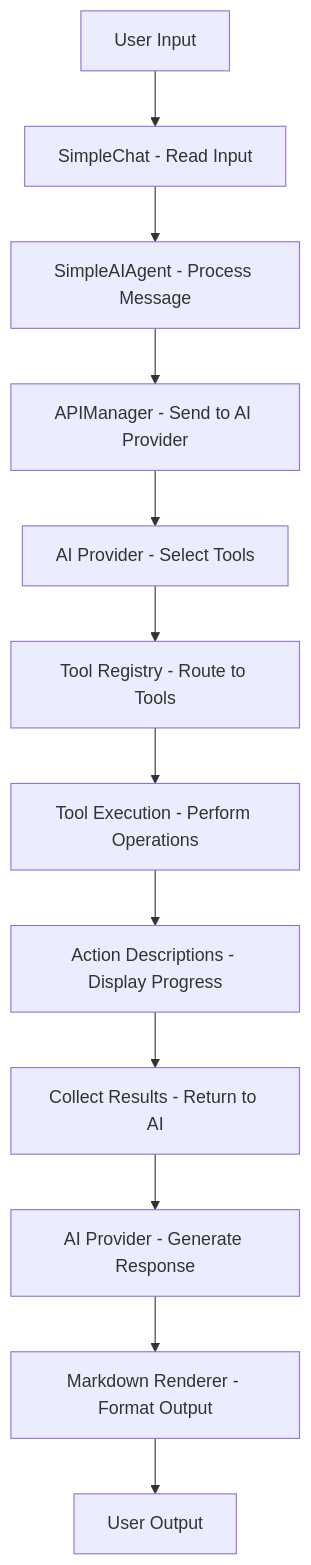
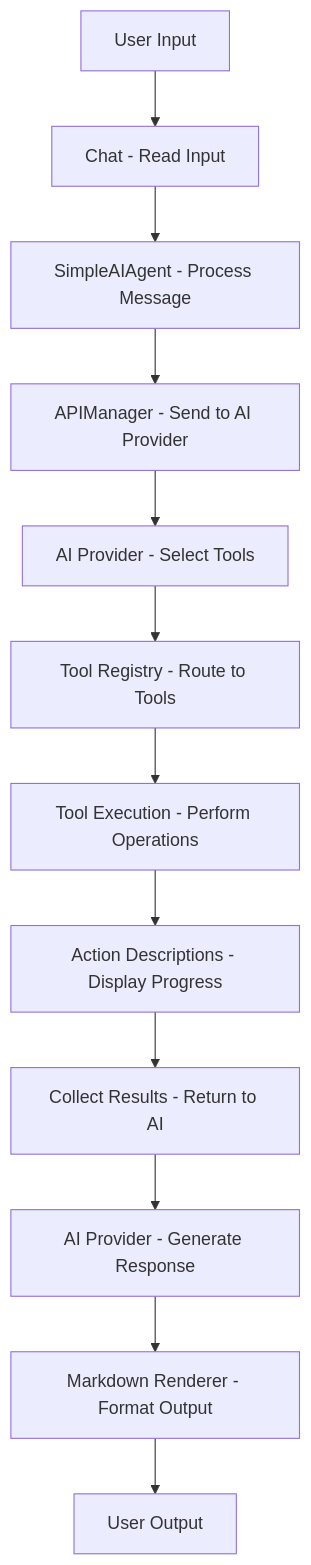
One commit to SyntheticAutonomicMind/CLIO changed the third of 6 diagrams in docs/SPECS/ARCHITECTURE.md. Above: the diagram before and after it, drawn with Mermaid. The commit also changed other lines of this file and 16 other files, not shown here.

````diff
--- a/docs/SPECS/ARCHITECTURE.md
+++ b/docs/SPECS/ARCHITECTURE.md
@@ -270,14 +276,14 @@
 ```mermaid
 flowchart TD
-    A[User Input] --> B[SimpleChat - Read Input]
+    A[User Input] --> B[Chat - Read Input]
     B --> C[SimpleAIAgent - Process Message]
     C --> D[APIManager - Send to AI Provider]
     D --> E[AI Provider - Select Tools]
     E --> F[Tool Registry - Route to Tools]
     F --> G[Tool Execution - Perform Operations]
     G --> H[Action Descriptions - Display Progress]
     H --> I[Collect Results - Return to AI]
     I --> J[AI Provider - Generate Response]
     J --> K[Markdown Renderer - Format Output]
     K --> L[User Output]
 ```
````
